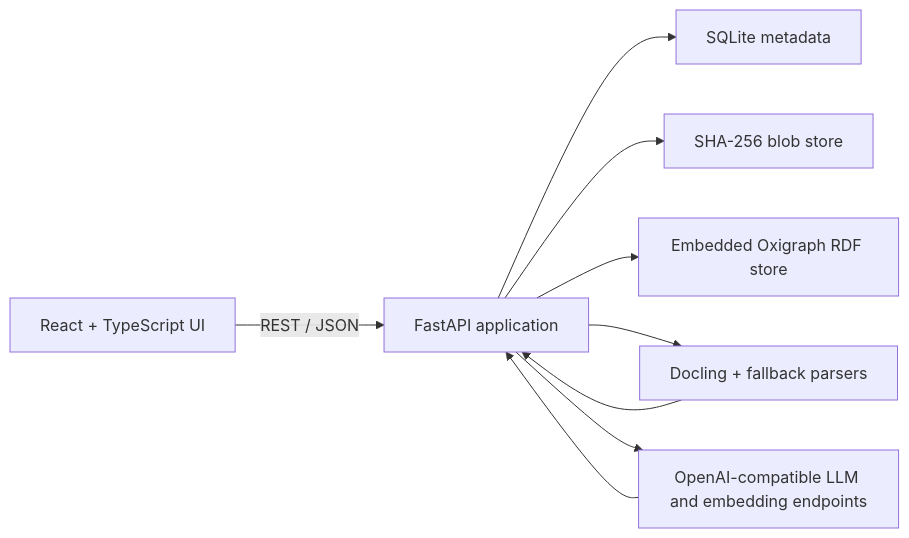
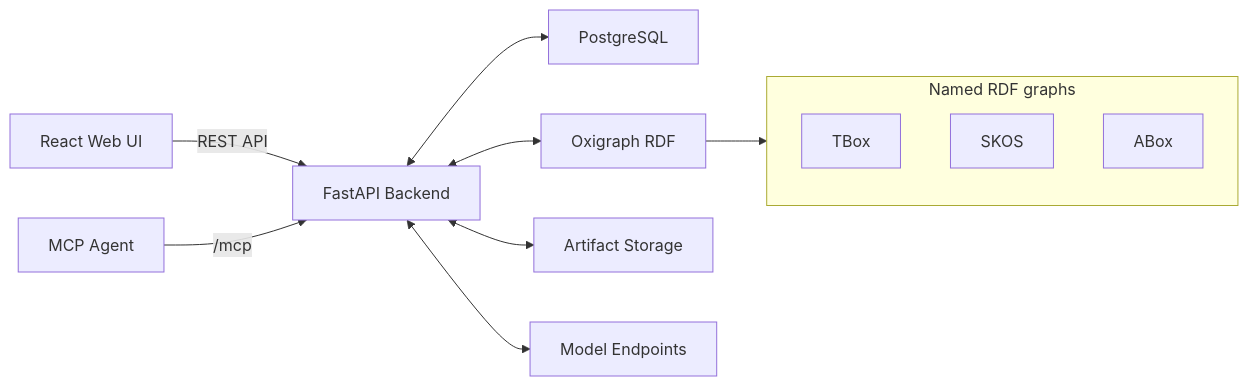
The second of 2 diagrams in README.md (deeplethe/utopia), drawn with Mermaid before and after one commit. The commit also changed other lines of this file and 202 other files, not shown here.

````diff
--- a/README.md
+++ b/README.md
@@ -48,11 +94,17 @@
 ```mermaid
 flowchart LR
-    UI["React + TypeScript UI"] -->|REST / JSON| API["FastAPI application"]
-    API --> META["SQLite metadata"]
-    API --> BLOB["SHA-256 blob store"]
-    API --> RDF["Embedded Oxigraph RDF store"]
-    API --> PARSE["Docling + fallback parsers"]
-    API --> MODEL["OpenAI-compatible LLM and embedding endpoints"]
-    PARSE --> API
-    MODEL --> API
+    WEB["React Web UI"] -->|"REST API"| API["FastAPI Backend"]
+    MCP["MCP Agent"] -->|"/mcp"| API
+    API <--> PG["PostgreSQL"]
+    API <--> RDF["Oxigraph RDF"]
+    API <--> ART["Artifact Storage"]
+    API <--> MODEL["Model Endpoints"]
+
+    subgraph LAYERS["Named RDF graphs"]
+      TBOX["TBox"]
+      SKOS["SKOS"]
+      ABOX["ABox"]
+    end
+
+    RDF --> LAYERS
 ```
````
